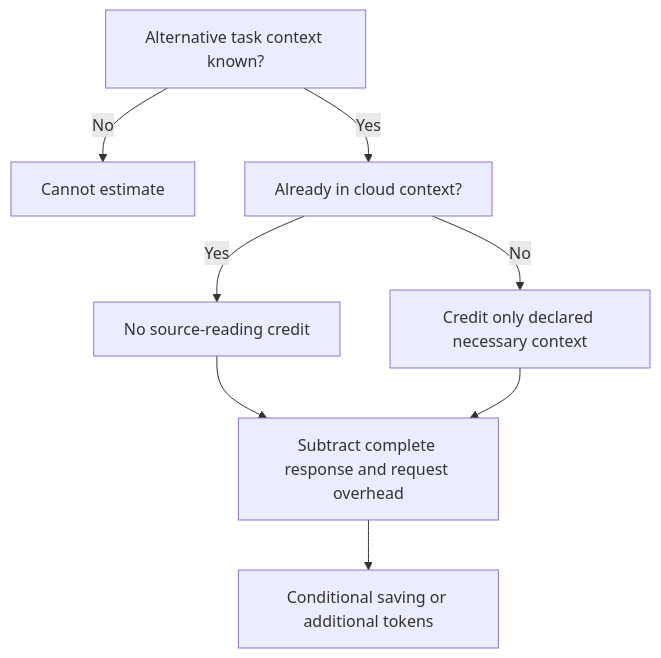
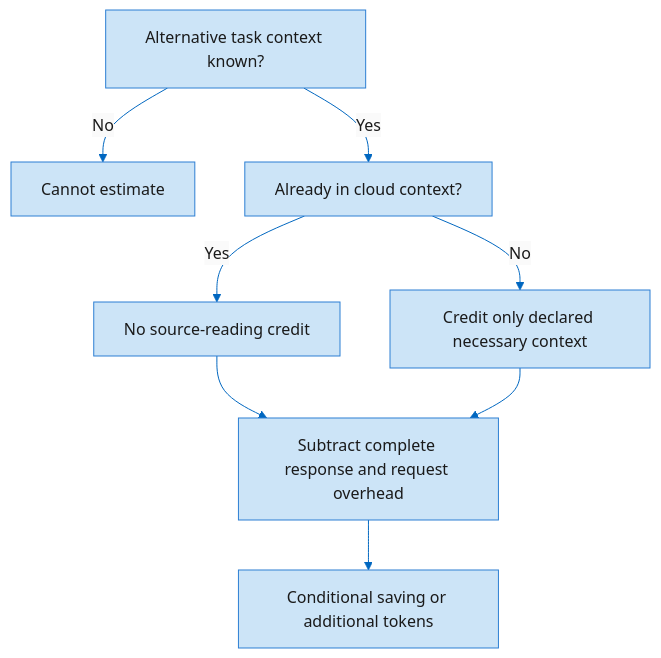
One commit to MrAliev/local-ai-toolkit changed the diagram in docs/wiki/Token-estimates.md. Above: the diagram before and after it, drawn with Mermaid. The commit also changed 18 other files, not shown here.

````diff
--- a/docs/wiki/Token-estimates.md
+++ b/docs/wiki/Token-estimates.md
@@ -7,10 +7,21 @@
 ```mermaid
+---
+config:
+  theme: base
+  themeVariables:
+    primaryColor: "#CCE4F7"
+    primaryTextColor: "#1A1A1A"
+    primaryBorderColor: "#2D7FD3"
+    lineColor: "#0067C0"
+    secondaryColor: "#FAFAFA"
+    tertiaryColor: "#F3F3F3"
+---
 flowchart TD
   task["Alternative task context known?"] -->|No| unknown["Cannot estimate"]
   task -->|Yes| seen["Already in cloud context?"]
   seen -->|Yes| zero["No source-reading credit"]
   seen -->|No| credit["Credit only declared necessary context"]
   zero --> cost["Subtract complete response and request overhead"]
   credit --> cost
   cost --> result["Conditional saving or additional tokens"]
 ```
````
